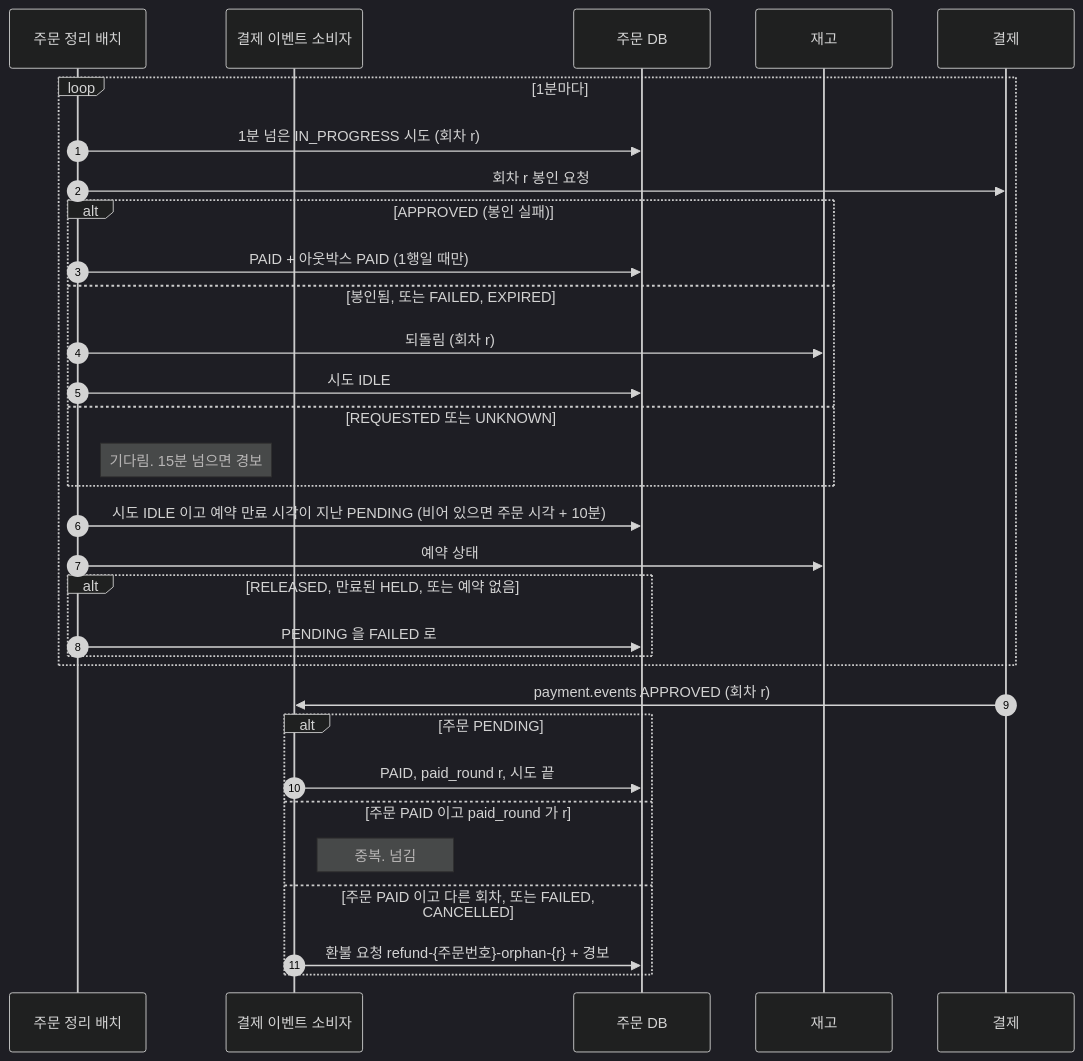
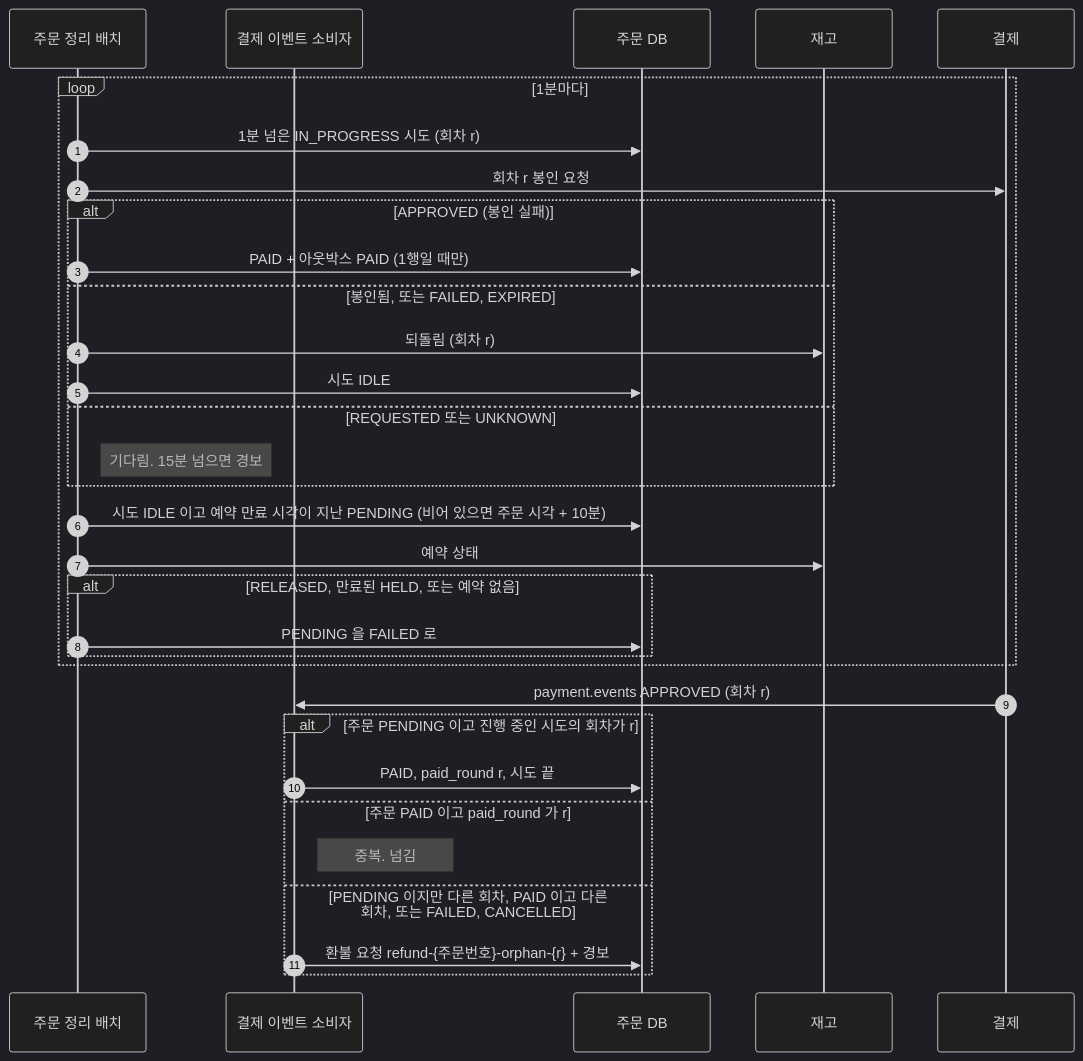
The sixth of 6 diagrams in docs/sequence/01-주문과-결제.md (Bamdule/dawn-delivery-commerce), drawn with Mermaid (dark theme) before and after one commit. The commit also changed other lines of this file and 11 other files, not shown here.

````diff
--- a/docs/sequence/01-주문과-결제.md
+++ b/docs/sequence/01-주문과-결제.md
@@ -208,37 +209,37 @@
 ```mermaid
 sequenceDiagram
     autonumber
     participant 정리배치 as 주문 정리 배치
     participant 소비자 as 결제 이벤트 소비자
     participant 주문 as 주문 DB
     participant 재고
     participant 결제
 
     loop 1분마다
         정리배치->>주문: 1분 넘은 IN_PROGRESS 시도 (회차 r)
         정리배치->>결제: 회차 r 봉인 요청
         alt APPROVED (봉인 실패)
             정리배치->>주문: PAID + 아웃박스 PAID (1행일 때만)
         else 봉인됨, 또는 FAILED, EXPIRED
             정리배치->>재고: 되돌림 (회차 r)
             정리배치->>주문: 시도 IDLE
         else REQUESTED 또는 UNKNOWN
             Note right of 정리배치: 기다림. 15분 넘으면 경보
         end
 
         정리배치->>주문: 시도 IDLE 이고 예약 만료 시각이 지난 PENDING (비어 있으면 주문 시각 + 10분)
         정리배치->>재고: 예약 상태
         alt RELEASED, 만료된 HELD, 또는 예약 없음
             정리배치->>주문: PENDING 을 FAILED 로
         end
     end
 
     결제->>소비자: payment.events APPROVED (회차 r)
-    alt 주문 PENDING
+    alt 주문 PENDING 이고 진행 중인 시도의 회차가 r
         소비자->>주문: PAID, paid_round r, 시도 끝
     else 주문 PAID 이고 paid_round 가 r
         Note right of 소비자: 중복. 넘김
-    else 주문 PAID 이고 다른 회차, 또는 FAILED, CANCELLED
+    else PENDING 이지만 다른 회차, PAID 이고 다른 회차, 또는 FAILED, CANCELLED
         소비자->>주문: 환불 요청 refund-{주문번호}-orphan-{r} + 경보
     end
 ```
````
